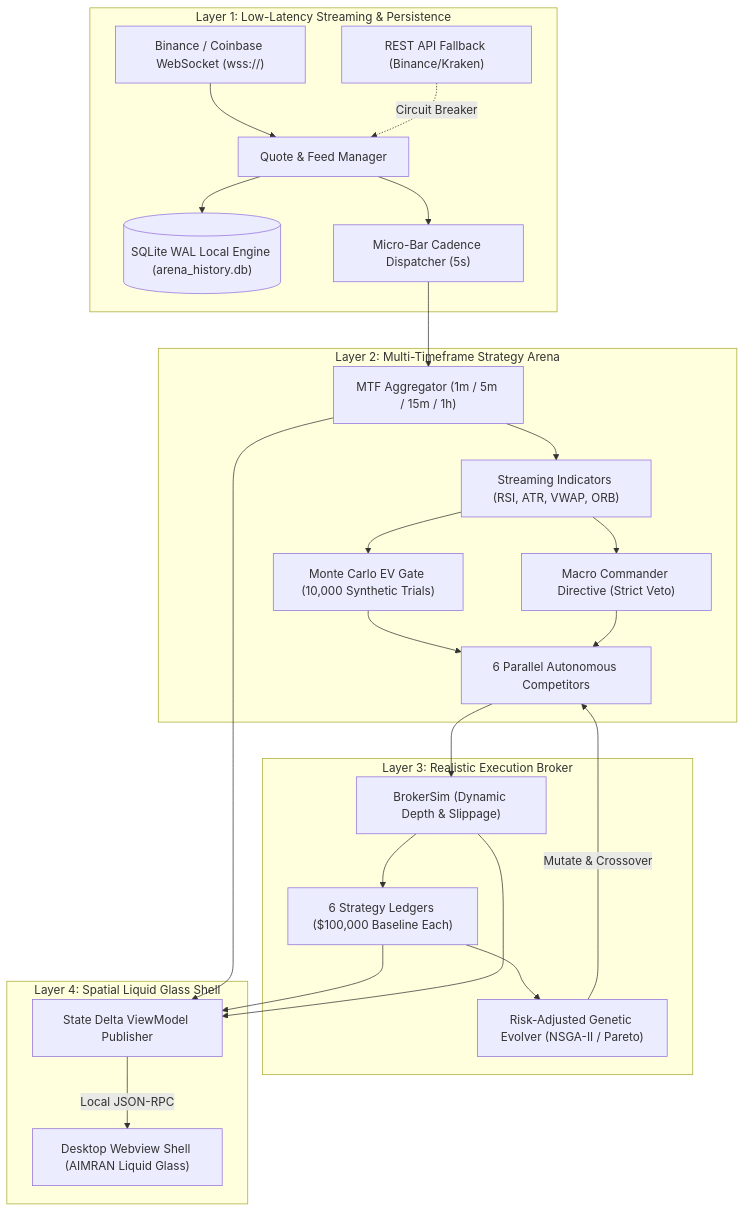
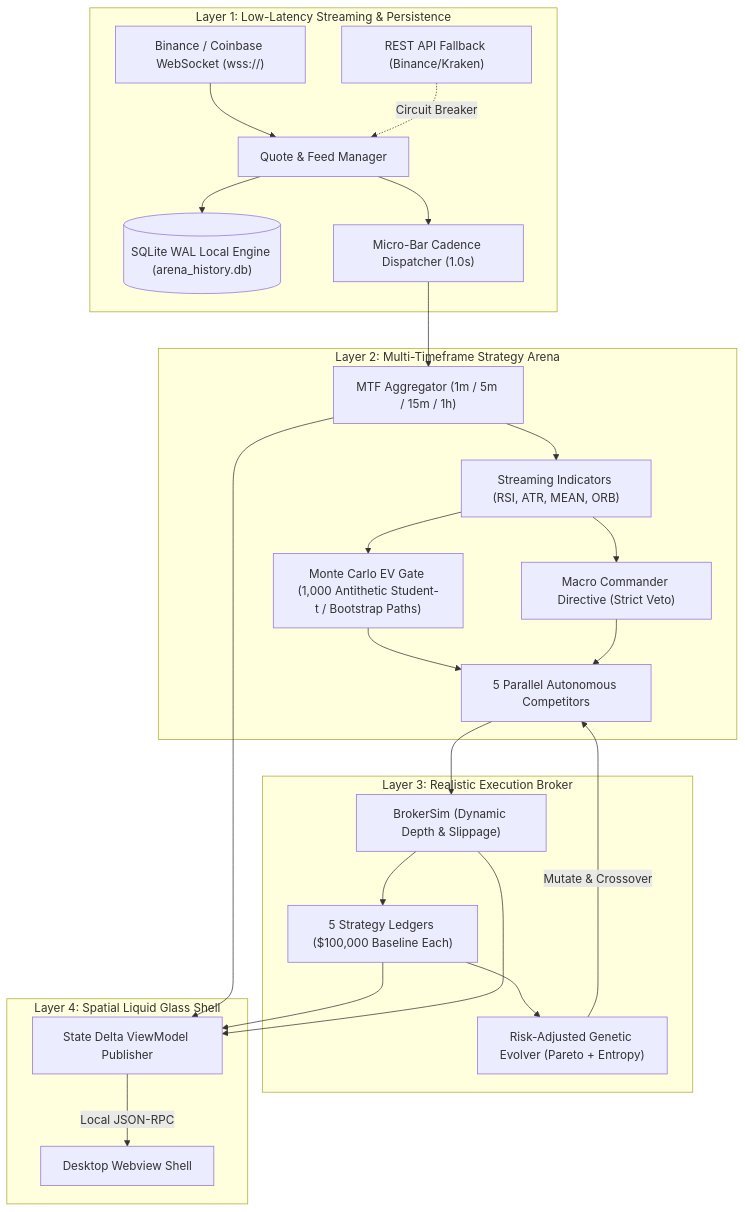
One commit to will095614/TradeBot0 changed the diagram in OptimizationFullGuide.md. Above: the diagram before and after it, drawn with Mermaid. The commit also changed other lines of this file and 42 other files, not shown here.

First line of the commit message:
V2.0.0: Full bugfix, LiveArenaEngine refactor, Monte Carlo EV upgrade & presentation

````diff
--- a/OptimizationFullGuide.md
+++ b/OptimizationFullGuide.md
@@ -22,29 +22,29 @@
 ```mermaid
 flowchart TD
     subgraph Data Layer ["Layer 1: Low-Latency Streaming & Persistence"]
         WS["Binance / Coinbase WebSocket (wss://)"] --> QuoteManager["Quote & Feed Manager"]
         REST["REST API Fallback (Binance/Kraken)"] -.->|Circuit Breaker| QuoteManager
         QuoteManager --> DB[("SQLite WAL Local Engine (arena_history.db)")]
-        QuoteManager --> MicroBar["Micro-Bar Cadence Dispatcher (5s)"]
+        QuoteManager --> MicroBar["Micro-Bar Cadence Dispatcher (1.0s)"]
     end
 
     subgraph Quant Engine ["Layer 2: Multi-Timeframe Strategy Arena"]
         MicroBar --> MTF["MTF Aggregator (1m / 5m / 15m / 1h)"]
-        MTF --> Indicators["Streaming Indicators (RSI, ATR, VWAP, ORB)"]
-        Indicators --> EVGate["Monte Carlo EV Gate (10,000 Synthetic Trials)"]
+        MTF --> Indicators["Streaming Indicators (RSI, ATR, MEAN, ORB)"]
+        Indicators --> EVGate["Monte Carlo EV Gate (1,000 Antithetic Student-t / Bootstrap Paths)"]
         Indicators --> MacroVeto["Macro Commander Directive (Strict Veto)"]
-        EVGate & MacroVeto --> Competitors["6 Parallel Autonomous Competitors"]
+        EVGate & MacroVeto --> Competitors["5 Parallel Autonomous Competitors"]
     end
 
     subgraph Execution & Ledger ["Layer 3: Realistic Execution Broker"]
         Competitors --> Broker["BrokerSim (Dynamic Depth & Slippage)"]
-        Broker --> Portfolios["6 Strategy Ledgers ($100,000 Baseline Each)"]
-        Portfolios --> Evolution["Risk-Adjusted Genetic Evolver (NSGA-II / Pareto)"]
+        Broker --> Portfolios["5 Strategy Ledgers ($100,000 Baseline Each)"]
+        Portfolios --> Evolution["Risk-Adjusted Genetic Evolver (Pareto + Entropy)"]
         Evolution -->|Mutate & Crossover| Competitors
     end
 
     subgraph UI & IPC ["Layer 4: Spatial Liquid Glass Shell"]
         Portfolios & Broker & MTF --> StateManager["State Delta ViewModel Publisher"]
-        StateManager -->|Local JSON-RPC| Frontend["Desktop Webview Shell (AIMRAN Liquid Glass)"]
+        StateManager -->|Local JSON-RPC| Frontend["Desktop Webview Shell"]
     end
 ```
````
